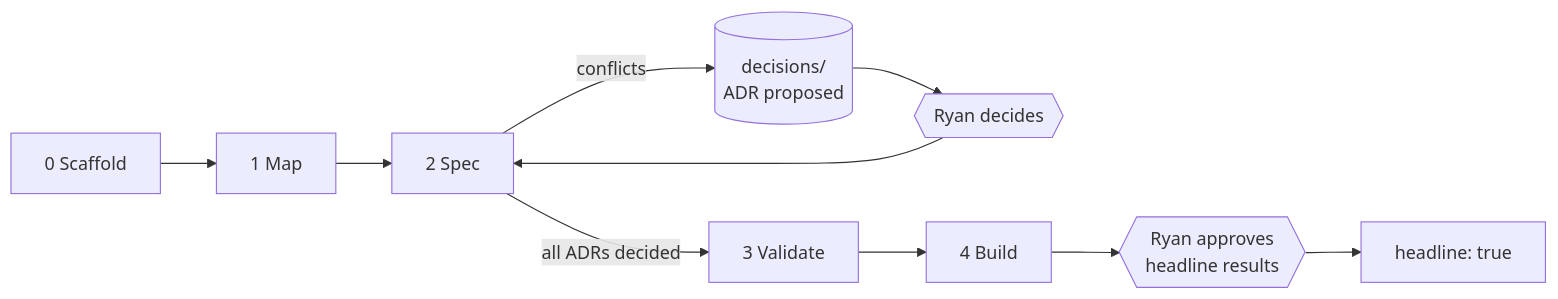
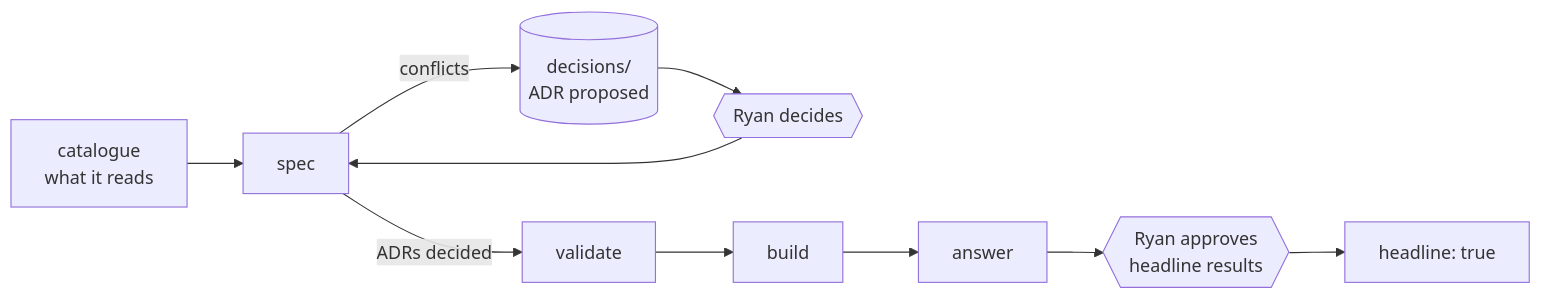
One commit to ryannzander/clear2.0 changed the second of 4 diagrams in docs/system/03-workflow.md. Above: the diagram before and after it, drawn with Mermaid. The commit also changed other lines of this file and 14 other files, not shown here.

````diff
--- a/docs/system/03-workflow.md
+++ b/docs/system/03-workflow.md
@@ -9,10 +31,10 @@
 ```mermaid
 flowchart LR
-    P0["0 Scaffold"] --> P1["1 Map"] --> P2["2 Spec"]
-    P2 -->|conflicts| ADR[("decisions/<br/>ADR proposed")]
+    CAT["catalogue<br/>what it reads"] --> SPEC["spec"]
+    SPEC -->|conflicts| ADR[("decisions/<br/>ADR proposed")]
     ADR --> G1{{"Ryan decides"}}
-    G1 --> P2
-    P2 -->|all ADRs decided| P3["3 Validate"] --> P4["4 Build"]
-    P4 --> G2{{"Ryan approves<br/>headline results"}}
+    G1 --> SPEC
+    SPEC -->|ADRs decided| VAL["validate"] --> BUILD["build"] --> ANS["answer"]
+    ANS --> G2{{"Ryan approves<br/>headline results"}}
     G2 --> H["headline: true"]
 ```
````
